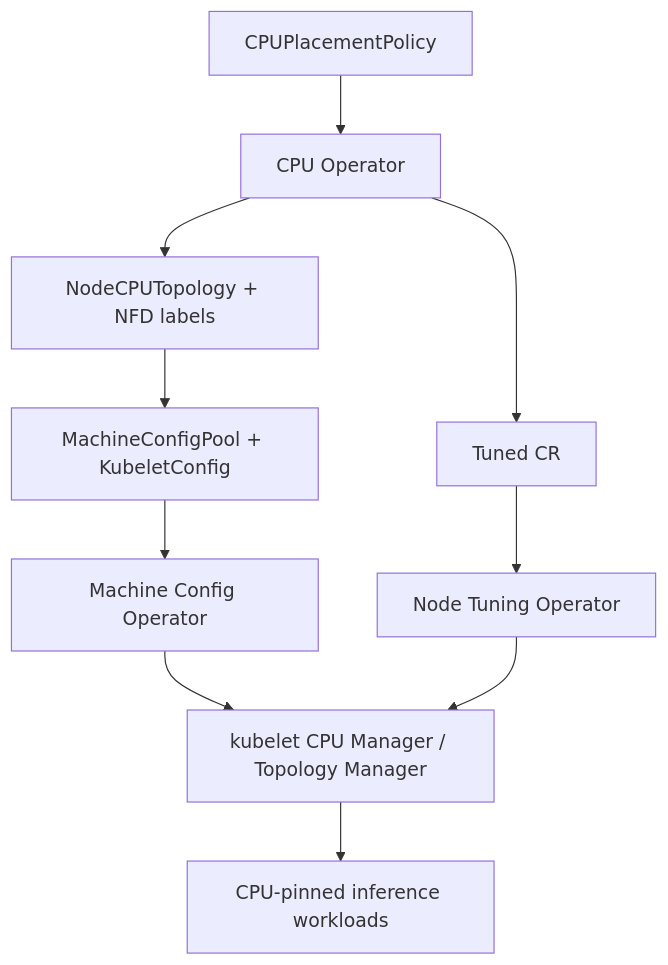
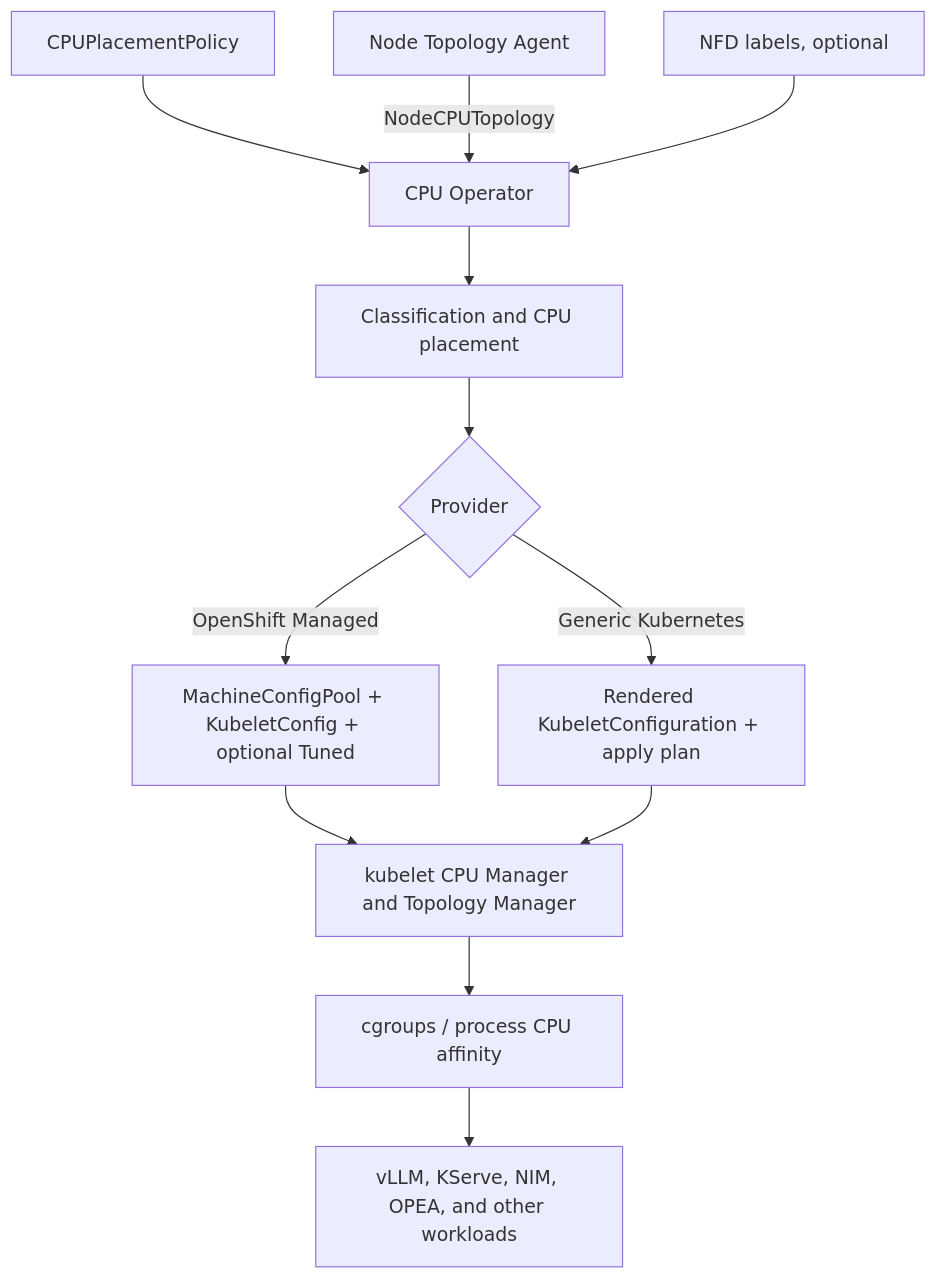
Before and after one commit to intel-ai-tce/cpu-operator: the diagram in README.md, drawn with Mermaid. The commit also changed other lines of this file and 13 other files, not shown here.

````diff
--- a/README.md
+++ b/README.md
@@ -176,12 +22,14 @@
 ```mermaid
 flowchart TD
-    A[CPUPlacementPolicy] --> B[CPU Operator]
-    B --> C[NodeCPUTopology + NFD labels]
-    C --> D[MachineConfigPool + KubeletConfig]
-    D --> E[Machine Config Operator]
-    B --> F[Tuned CR]
-    F --> G[Node Tuning Operator]
-    E --> H[kubelet CPU Manager / Topology Manager]
+    A[CPUPlacementPolicy] --> C[CPU Operator]
+    B[Node Topology Agent] -->|NodeCPUTopology| C
+    N[NFD labels, optional] --> C
+    C --> D[Classification and CPU placement]
+    D --> E{Provider}
+    E -->|OpenShift Managed| F[MachineConfigPool + KubeletConfig + optional Tuned]
+    E -->|Generic Kubernetes| G[Rendered KubeletConfiguration + apply plan]
+    F --> H[kubelet CPU Manager and Topology Manager]
     G --> H
-    H --> I[CPU-pinned inference workloads]
+    H --> I[cgroups / process CPU affinity]
+    I --> J[vLLM, KServe, NIM, OPEA, and other workloads]
 ```
````
